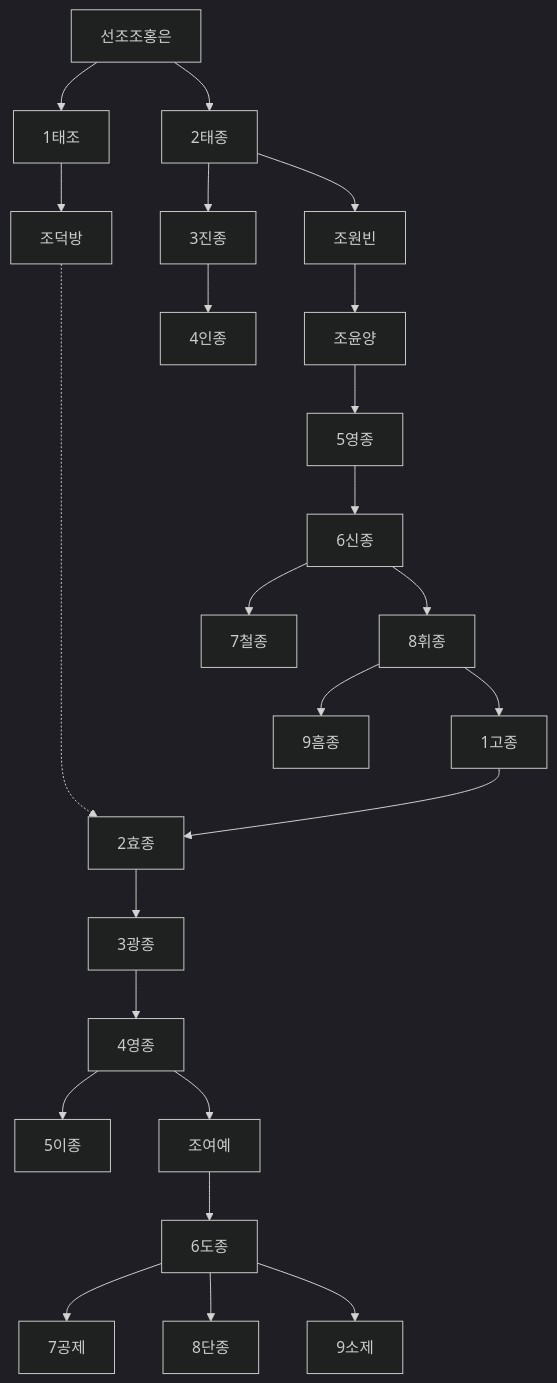
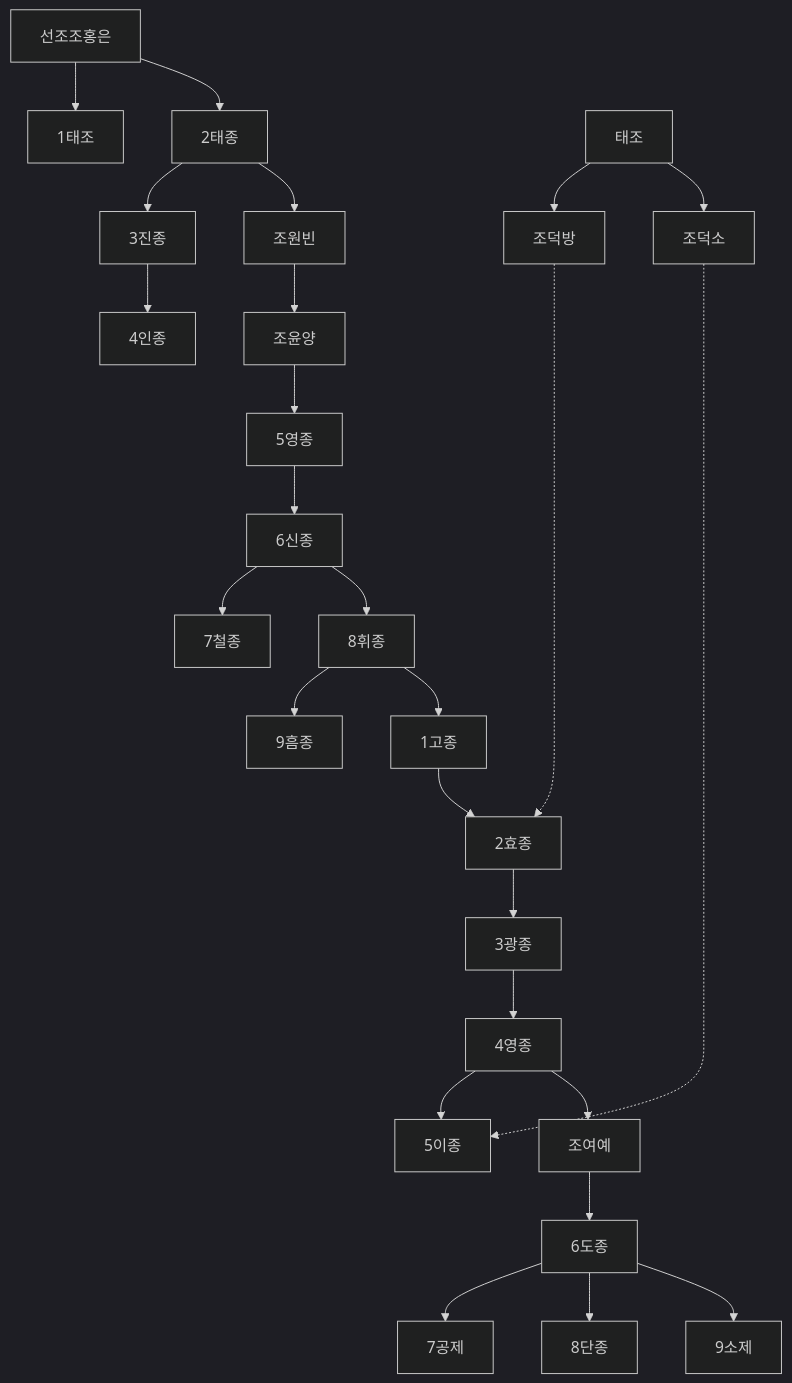
One commit to daewonyoon/historigram changed the first of 2 diagrams in 중국사/송왕조.md. Above: the diagram before and after it, drawn with Mermaid (dark theme). The commit also changed other lines of this file and 1 other file, not shown here.

Commit message:
송왕조 가계도 수정.

````diff
--- a/중국사/송왕조.md
+++ b/중국사/송왕조.md
@@ -5,12 +5,13 @@
 ```mermaid
 graph TD
 선조조홍은 --> 1태조
 선조조홍은 --> 2태종 --> 3진종 --> 4인종
 2태종 --> 조원빈 --> 조윤양 --> 5영종 --> 6신종 --> 7철종
-1태조 --> 조덕방 -......-> 2효종
 6신종 --> 8휘종 --> 9흠종
+태조 --> 조덕방 -......-> 2효종
+태조 --> 조덕소 -.........-> 5이종
 8휘종 --> 1고종 --> 2효종 --> 3광종 --> 4영종 --> 5이종 
 4영종 --> 조여예 --> 6도종 --> 7공제
 6도종 --> 8단종
 6도종 --> 9소제
 ```
````
